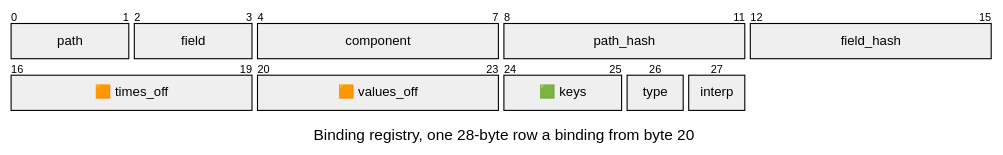
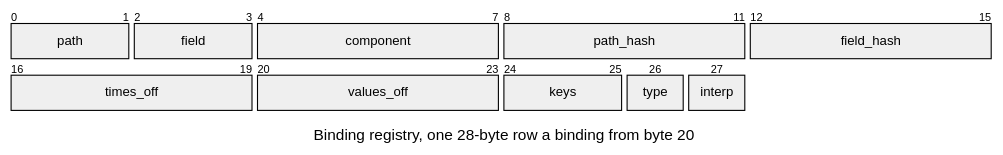
One commit to jose-villegas/autana changed the second of 2 diagrams in docs/assets/formats/TRCK.md. Above: the diagram before and after it, drawn with Mermaid. The commit also changed other lines of this file and 13 other files, not shown here.

Commit message:
formats: fill each packet box by its field's role through themeCSS the role gate writes, replacing the label squares (autana-edcif)

````diff
--- a/docs/assets/formats/TRCK.md
+++ b/docs/assets/formats/TRCK.md
@@ -23,20 +24,21 @@
 ```mermaid
 ---
 config:
+  themeCSS: "g:nth-of-type(2) rect:nth-of-type(1) { fill: #e3e3e3 !important; } g:nth-of-type(2) rect:nth-of-type(2) { fill: #e3e3e3 !important; } g:nth-of-type(2) rect:nth-of-type(3) { fill: #e3e3e3 !important; } g:nth-of-type(2) rect:nth-of-type(4) { fill: #e3e3e3 !important; } g:nth-of-type(2) rect:nth-of-type(5) { fill: #e3e3e3 !important; } g:nth-of-type(3) rect:nth-of-type(1) { fill: #f4a885 !important; } g:nth-of-type(3) rect:nth-of-type(2) { fill: #f4a885 !important; } g:nth-of-type(3) rect:nth-of-type(3) { fill: #93d6b0 !important; } g:nth-of-type(3) rect:nth-of-type(4) { fill: #e3e3e3 !important; } g:nth-of-type(3) rect:nth-of-type(5) { fill: #e3e3e3 !important; } .packetLabel { fill: #1b1b1b !important; }"
   packet:
     bitsPerRow: 16
     bitWidth: 56
 ---
 packet-beta
 title Binding registry, one 28-byte row a binding from byte 20
 0-1: "path"
 2-3: "field"
 4-7: "component"
 8-11: "path_hash"
 12-15: "field_hash"
-16-19: "🟧 times_off"
-20-23: "🟧 values_off"
-24-25: "🟩 keys"
+16-19: "times_off"
+20-23: "values_off"
+24-25: "keys"
 26: "type"
 27: "interp"
 ```
````
